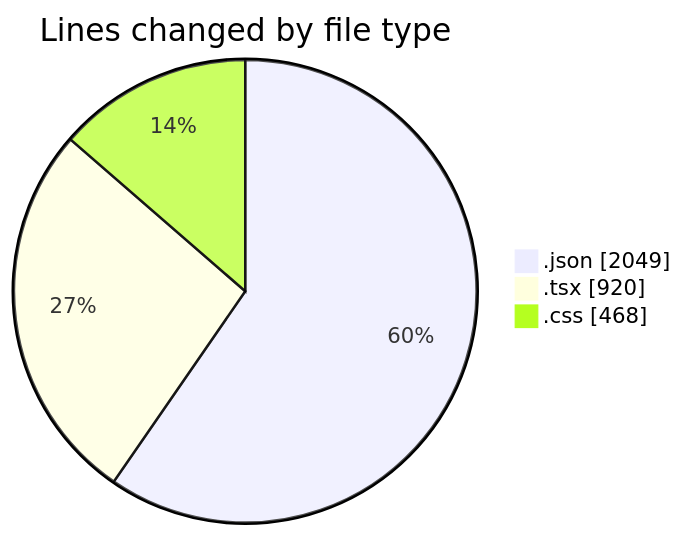
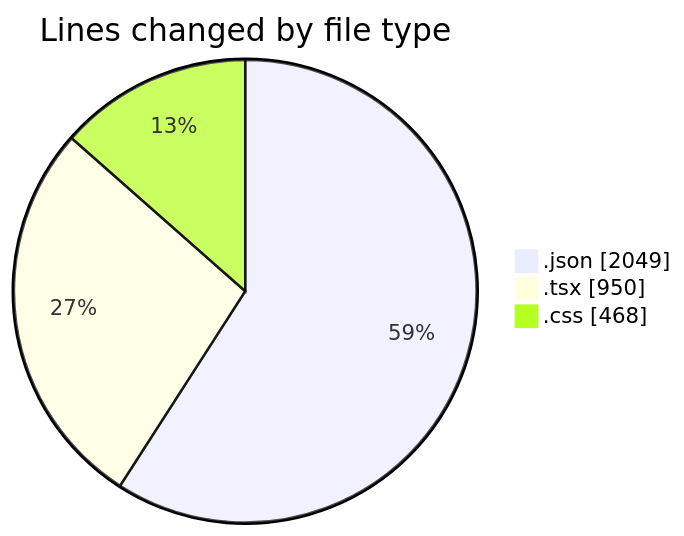
The first of 2 diagrams in 2025-08-14/ribbon/README.md (EIIisD/code-tracking), drawn with Mermaid before and after one commit. The commit also changed other lines of this file and 1 other file, not shown here.

````diff
--- a/2025-08-14/ribbon/README.md
+++ b/2025-08-14/ribbon/README.md
@@ -27,7 +27,7 @@
 ```mermaid
 pie showData
 title Lines changed by file type
 ".json" : 2049
-".tsx" : 920
+".tsx" : 950
 ".css" : 468
 ```
````
